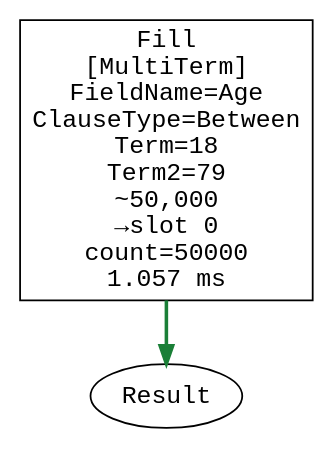
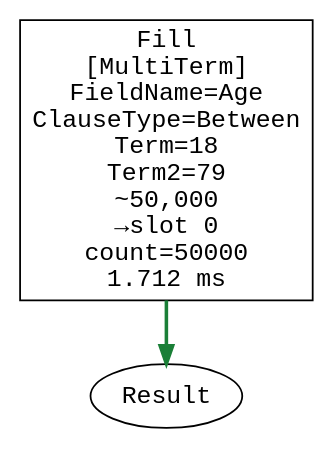
One commit to ayende/ravendb changed the eighth of 44 diagrams in corax-query-catalog.md. Above: the diagram before and after it, drawn with Graphviz. The commit also changed other lines of this file and 1 other file, not shown here.

First line of the commit message:
RavenDB-25281 Regenerate query catalog for producer-node rendering

````diff
--- a/corax-query-catalog.md
+++ b/corax-query-catalog.md
@@ -703,9 +703,9 @@
 ```dot
 digraph QueryPlan {
   rankdir=TB;
-  node [shape=box, fontname="monospace"];
-  op0 [label="Fill\n[MultiTerm]\nFieldName=Age\nClauseType=Between\nTerm=18\nTerm2=79\n~50,000\n→slot 0\ncount=50000\n1.057 ms", data_destslot="0", data_dispatch="MultiTerm", data_fieldname="Age", data_term="18", data_term2="79", data_clausetype="Between", data_estimatedrows="50,000", data_count="50000", data_ms="1.057"];
-  result [shape=ellipse, label="Result"];
-  op0 -> result [style=bold, color="#1a7f37"];
+  node [shape="box", fontname="monospace"];
+  op0 [label="Fill\n[MultiTerm]\nFieldName=Age\nClauseType=Between\nTerm=18\nTerm2=79\n~50,000\n→slot 0\ncount=50000\n1.712 ms", data_operation="Fill", data_destslot="0", data_dispatch="MultiTerm", data_fieldname="Age", data_term="18", data_term2="79", data_clausetype="Between", data_estimatedrows="50,000", data_count="50000", data_ms="1.712", data_taken="True"];
+  result [shape="ellipse", label="Result", data_operation="Result"];
+  op0 -> result [style="bold", color="#1a7f37", data_kind="result", data_variant="bitmap-final", data_flow="on"];
 }
 ```
````
